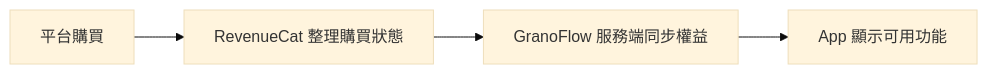
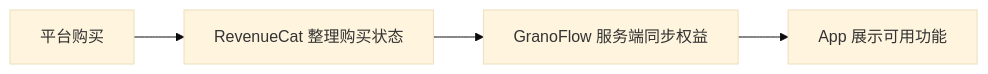
One commit to granoflow/granoflow-docs changed the diagram in manual/docs/zh-hk/value-to-action/account-membership.md. Above: the diagram before and after it, drawn with Mermaid (base theme). The commit also changed other lines of this file and 70 other files, not shown here.

````diff
--- a/manual/docs/zh-hk/value-to-action/account-membership.md
+++ b/manual/docs/zh-hk/value-to-action/account-membership.md
@@ -19,6 +35,6 @@
 ```mermaid
 graph LR
-  A[平台購買] --> B[RevenueCat 整理購買狀態]
-  B --> C[GranoFlow 服務端同步權益]
-  C --> D[App 顯示可用功能]
+  A[平台购买] --> B[RevenueCat 整理购买状态]
+  B --> C[GranoFlow 服务端同步权益]
+  C --> D[App 展示可用功能]
 ```
````
